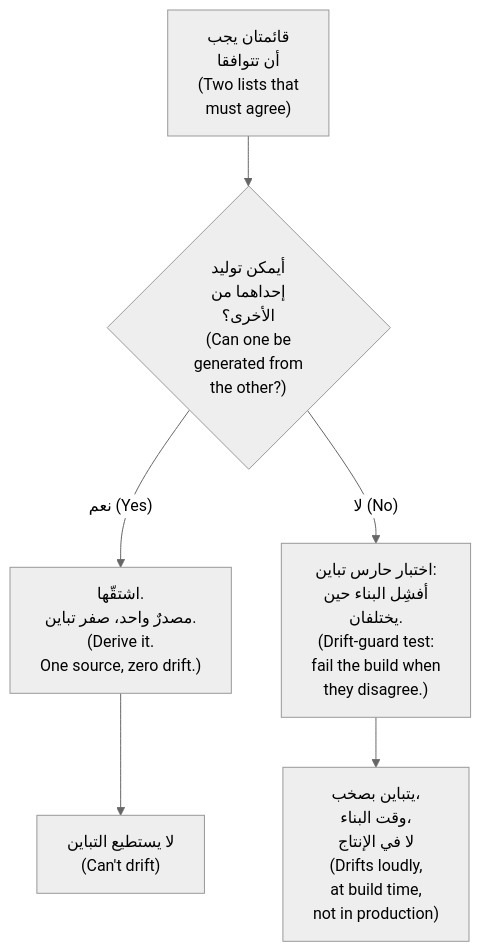
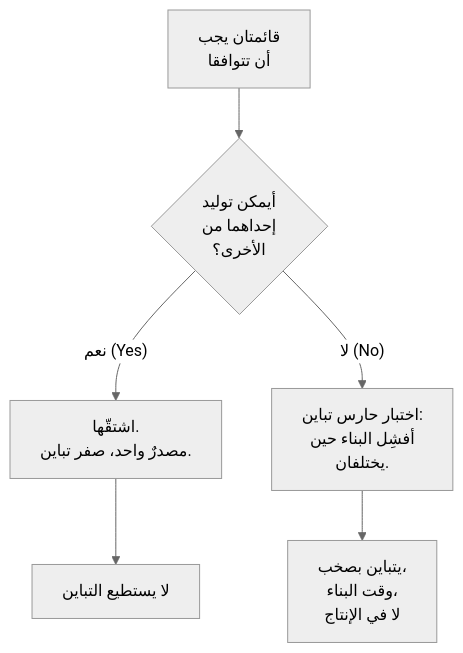
The fourth of 7 diagrams in modules/06-many-clients/module.ar.md (Tamoura/system-design-for-vibe-coders), drawn with Mermaid (neutral theme) before and after one commit. The commit also changed other lines of this file and 551 other files, not shown here.

````diff
--- a/modules/06-many-clients/module.ar.md
+++ b/modules/06-many-clients/module.ar.md
@@ -448,8 +448,8 @@
 ```mermaid
 flowchart TD
-    START["قائمتان يجب<br/>أن تتوافقا<br/>(Two lists that<br/>must agree)"] --> Q{"أيمكن توليد<br/>إحداهما من<br/>الأخرى؟<br/>(Can one be<br/>generated from<br/>the other?)"}
-    Q -->|"نعم (Yes)"| DERIVE["اشتقّها.<br/>مصدرٌ واحد، صفر تباين.<br/>(Derive it.<br/>One source, zero drift.)"]
-    Q -->|"لا (No)"| GUARD["اختبار حارس تباين:<br/>أفشِل البناء حين<br/>يختلفان.<br/>(Drift-guard test:<br/>fail the build when<br/>they disagree.)"]
-    DERIVE --> SAFE["لا يستطيع التباين<br/>(Can't drift)"]
-    GUARD --> SAFE2["يتباين بصخب،<br/>وقت البناء،<br/>لا في الإنتاج<br/>(Drifts loudly,<br/>at build time,<br/>not in production)"]
+    START["قائمتان يجب<br/>أن تتوافقا"] --> Q{"أيمكن توليد<br/>إحداهما من<br/>الأخرى؟"}
+    Q -->|"نعم (Yes)"| DERIVE["اشتقّها.<br/>مصدرٌ واحد، صفر تباين."]
+    Q -->|"لا (No)"| GUARD["اختبار حارس تباين:<br/>أفشِل البناء حين<br/>يختلفان."]
+    DERIVE --> SAFE["لا يستطيع التباين"]
+    GUARD --> SAFE2["يتباين بصخب،<br/>وقت البناء،<br/>لا في الإنتاج"]
 ```
````
